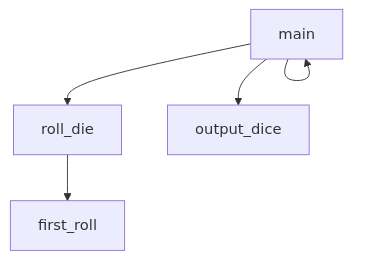
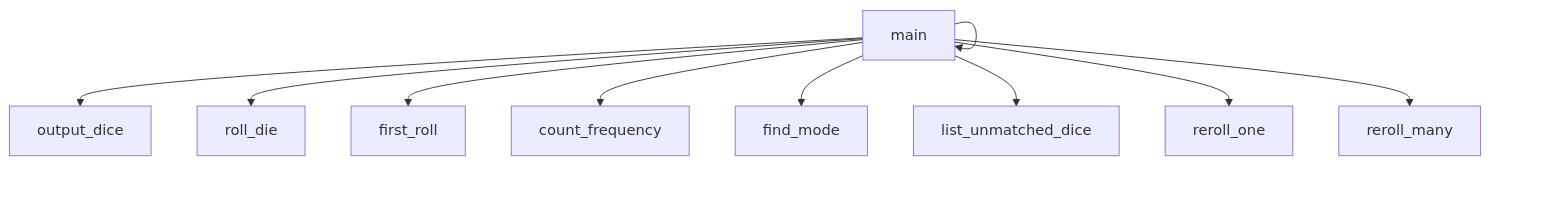
Before and after one commit to Oliver-915/Chapter-7-Team-Project: the diagram in README.md, drawn with Mermaid.

````diff
--- a/README.md
+++ b/README.md
@@ -9,11 +9,13 @@
 ```mermaid
 graph TD;
+  main-->output_dice;
   main-->roll_die;
+  main-->first_roll;
+  main-->count_frequency;
+  main-->find_mode;
+  main-->list_unmatched_dice;
+  main-->reroll_one;
+  main-->reroll_many;
   main-->main;
-  main-->main;
-  main-->main;
-  main-->main;
-  main-->main;
-  main-->output_dice;
-  roll_die-->first_roll;
+  
 ```
````
